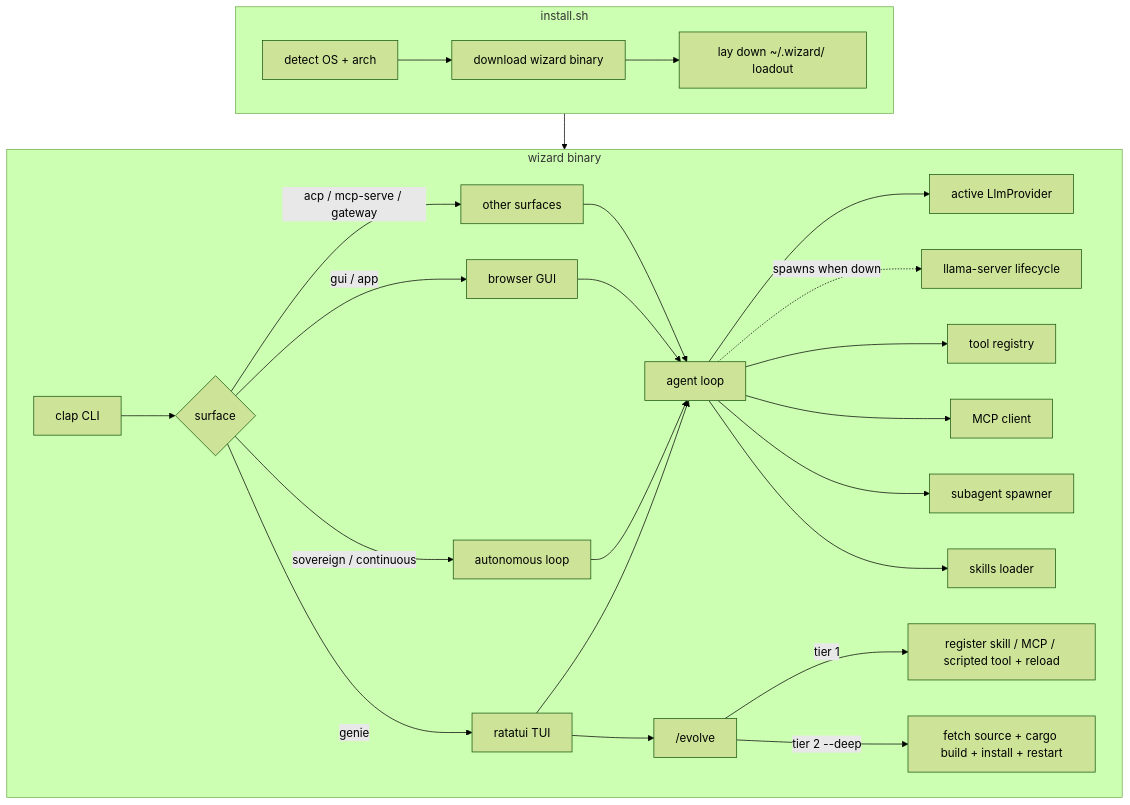
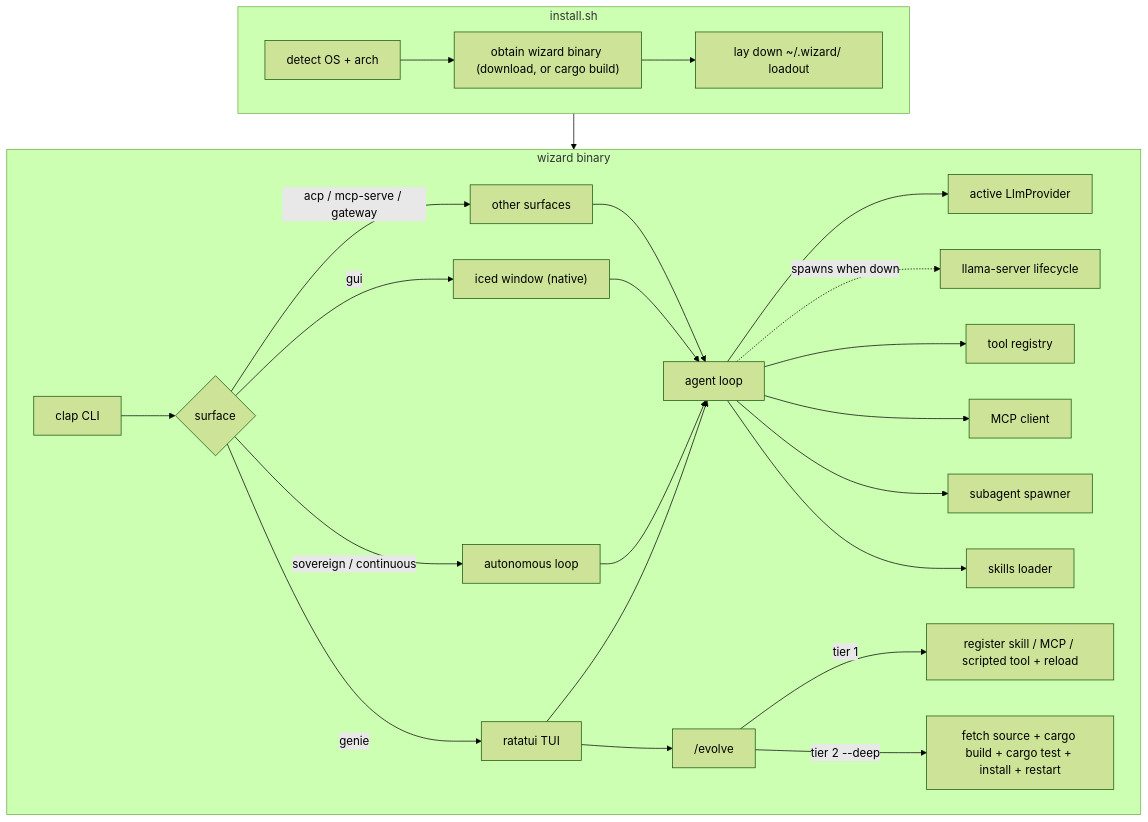
One commit to birhantprkc/wizard changed the diagram in docs/architecture.md. Above: the diagram before and after it, drawn with Mermaid (forest theme). The commit also changed other lines of this file and 278 other files, not shown here.

````diff
--- a/docs/architecture.md
+++ b/docs/architecture.md
@@ -7,30 +7,30 @@
 ```mermaid
 flowchart TB
     subgraph install [install.sh]
-        A[detect OS + arch] --> D[download wizard binary]
+        A[detect OS + arch] --> D["obtain wizard binary (download, or cargo build)"]
         D --> E["lay down ~/.wizard/ loadout"]
     end
 
     subgraph runtime [wizard binary]
         CLI[clap CLI] --> Mode{surface}
         Mode -->|genie| TUI[ratatui TUI]
         Mode -->|sovereign / continuous| Headless[autonomous loop]
-        Mode -->|gui / app| GUI[browser GUI]
+        Mode -->|gui| GUI["iced window (native)"]
         Mode -->|acp / mcp-serve / gateway| Other[other surfaces]
         TUI --> Agent[agent loop]
         Headless --> Agent
         GUI --> Agent
         Other --> Agent
         Agent --> LLM["active LlmProvider"]
         Agent -.spawns when down.-> Server[llama-server lifecycle]
         Agent --> Tools[tool registry]
         Agent --> MCP[MCP client]
         Agent --> Sub[subagent spawner]
         Agent --> Skills[skills loader]
         TUI --> Evolve["/evolve"]
         Evolve -->|tier 1| Live[register skill / MCP / scripted tool + reload]
-        Evolve -->|tier 2 --deep| Build[fetch source + cargo build + install + restart]
+        Evolve -->|tier 2 --deep| Build[fetch source + cargo build + cargo test + install + restart]
     end
 
     install --> runtime
 ```
````
